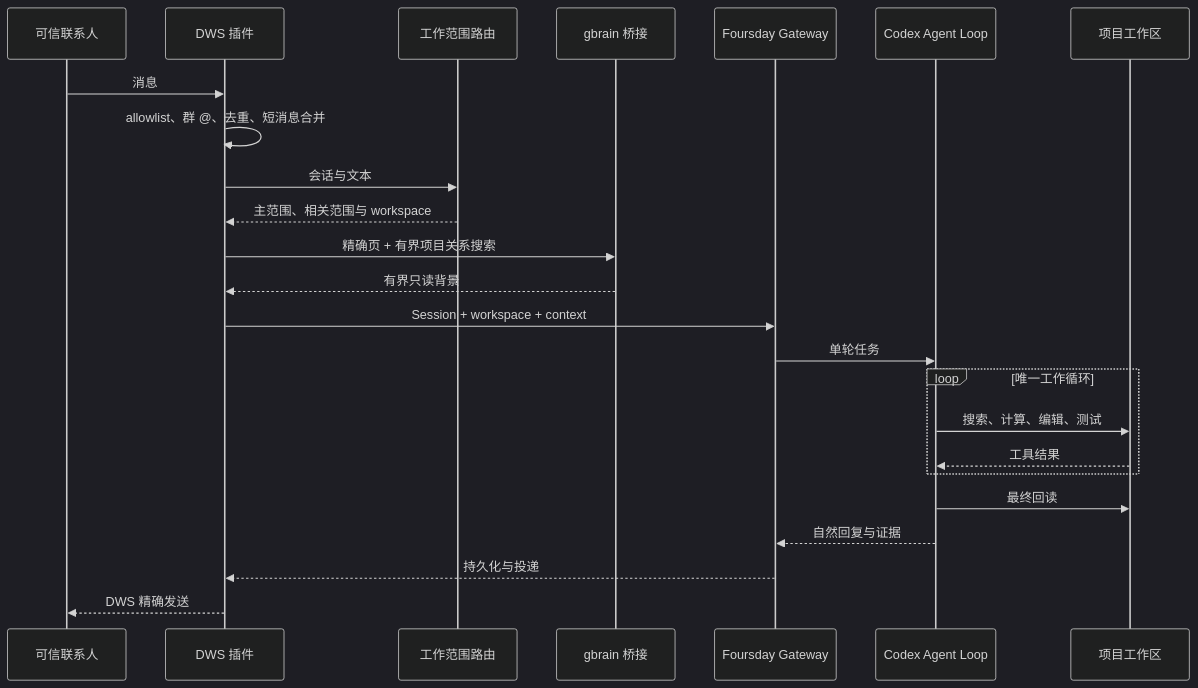
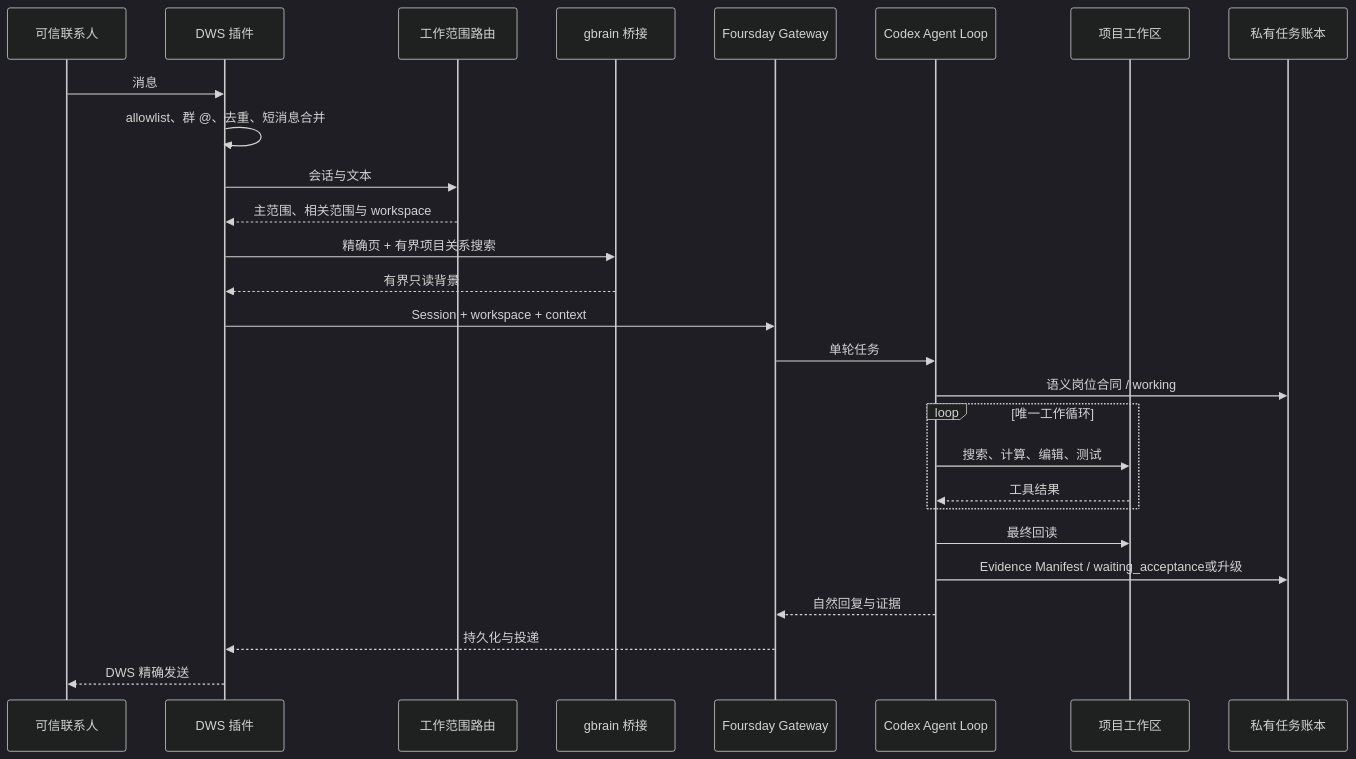
One commit to ruiwang20010702/foursday changed the first of 4 diagrams in docs/技术设计文档.md. Above: the diagram before and after it, drawn with Mermaid (dark theme). The commit also changed other lines of this file and 25 other files, not shown here.

````diff
--- a/docs/技术设计文档.md
+++ b/docs/技术设计文档.md
@@ -21,27 +21,30 @@
 ```mermaid
 sequenceDiagram
     participant U as 可信联系人
     participant D as DWS 插件
     participant R as 工作范围路由
     participant G as gbrain 桥接
     participant H as Foursday Gateway
     participant X as Codex Agent Loop
     participant W as 项目工作区
+    participant L as 私有任务账本
 
     U->>D: 消息
     D->>D: allowlist、群 @、去重、短消息合并
     D->>R: 会话与文本
     R-->>D: 主范围、相关范围与 workspace
     D->>G: 精确页 + 有界项目关系搜索
     G-->>D: 有界只读背景
     D->>H: Session + workspace + context
     H->>X: 单轮任务
+    X->>L: 语义岗位合同 / working
     loop 唯一工作循环
         X->>W: 搜索、计算、编辑、测试
         W-->>X: 工具结果
     end
     X->>W: 最终回读
+    X->>L: Evidence Manifest / waiting_acceptance或升级
     X-->>H: 自然回复与证据
     H-->>D: 持久化与投递
     D-->>U: DWS 精确发送
 ```
````
